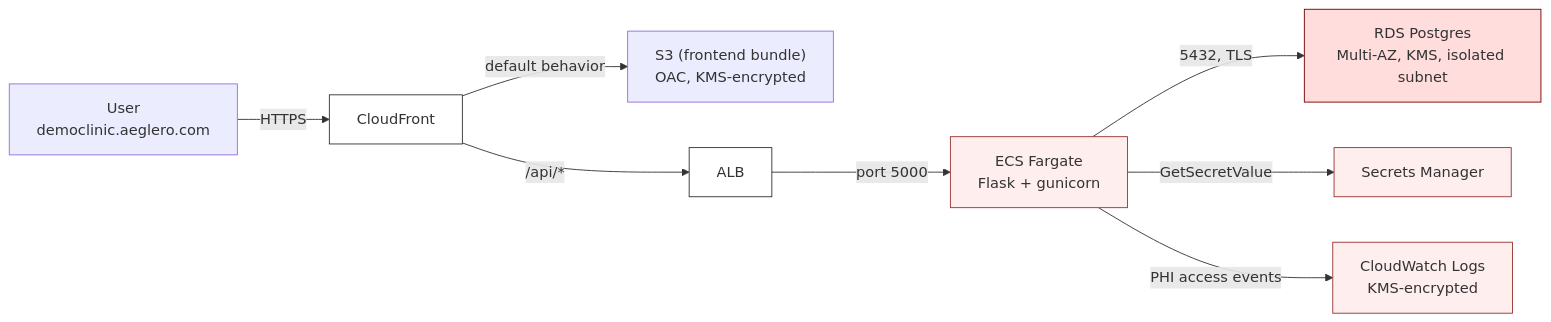
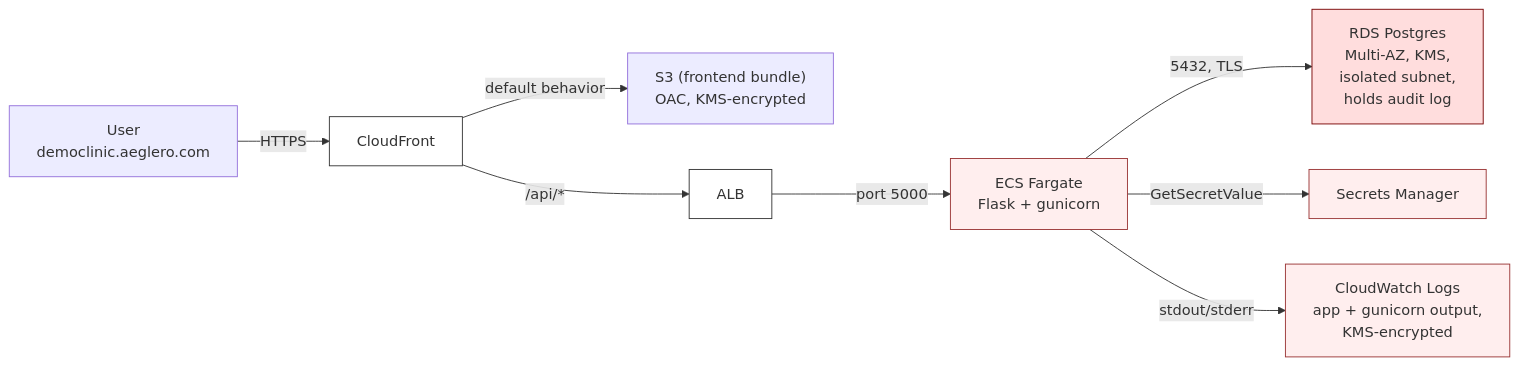
Before and after one commit to adrianbcaballero/AegleroEHR: the first of 7 diagrams in ARCHITECTURE.md, drawn with Mermaid. The commit also changed other lines of this file and 15 other files, not shown here.

````diff
--- a/ARCHITECTURE.md
+++ b/ARCHITECTURE.md
@@ -23,17 +23,17 @@
 ```mermaid
 flowchart LR
     user["User<br/>democlinic.aeglero.com"] -->|HTTPS| cf[CloudFront]
     cf -->|default behavior| s3["S3 (frontend bundle)<br/>OAC, KMS-encrypted"]
     cf -->|/api/*| alb[ALB]
     alb -->|port 5000| ecs["ECS Fargate<br/>Flask + gunicorn"]
-    ecs -->|5432, TLS| rds["RDS Postgres<br/>Multi-AZ, KMS, isolated subnet"]
+    ecs -->|5432, TLS| rds["RDS Postgres<br/>Multi-AZ, KMS,<br/>isolated subnet,<br/>holds audit log"]
     ecs -->|GetSecretValue| sm[Secrets Manager]
-    ecs -->|PHI access events| cw[CloudWatch Logs<br/>KMS-encrypted]
+    ecs -->|stdout/stderr| cw[CloudWatch Logs<br/>app + gunicorn output,<br/>KMS-encrypted]
 
     classDef pub fill:#fff,stroke:#333
     classDef priv fill:#fee,stroke:#933
     classDef iso fill:#fdd,stroke:#700
     class cf,alb pub
     class ecs,sm,cw priv
     class rds iso
 ```
````
